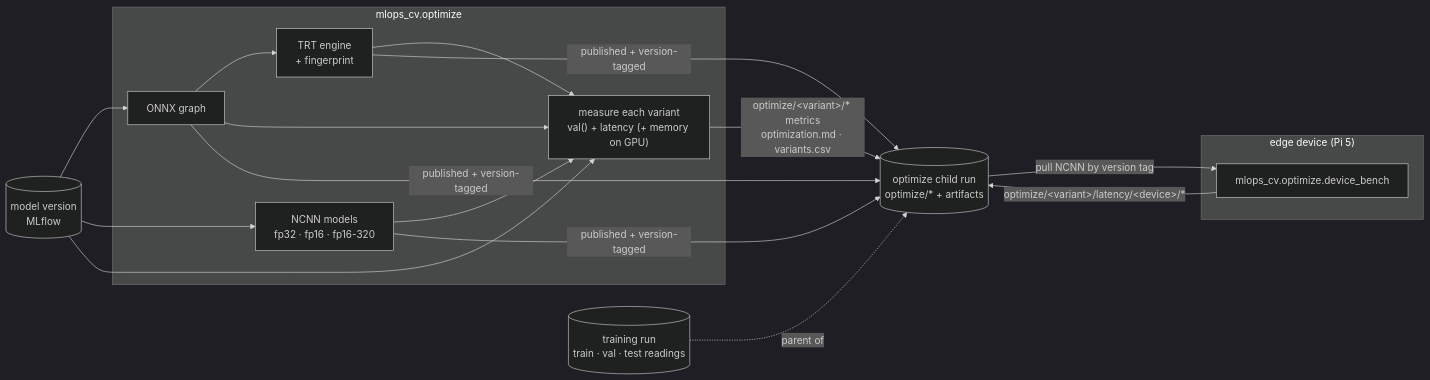
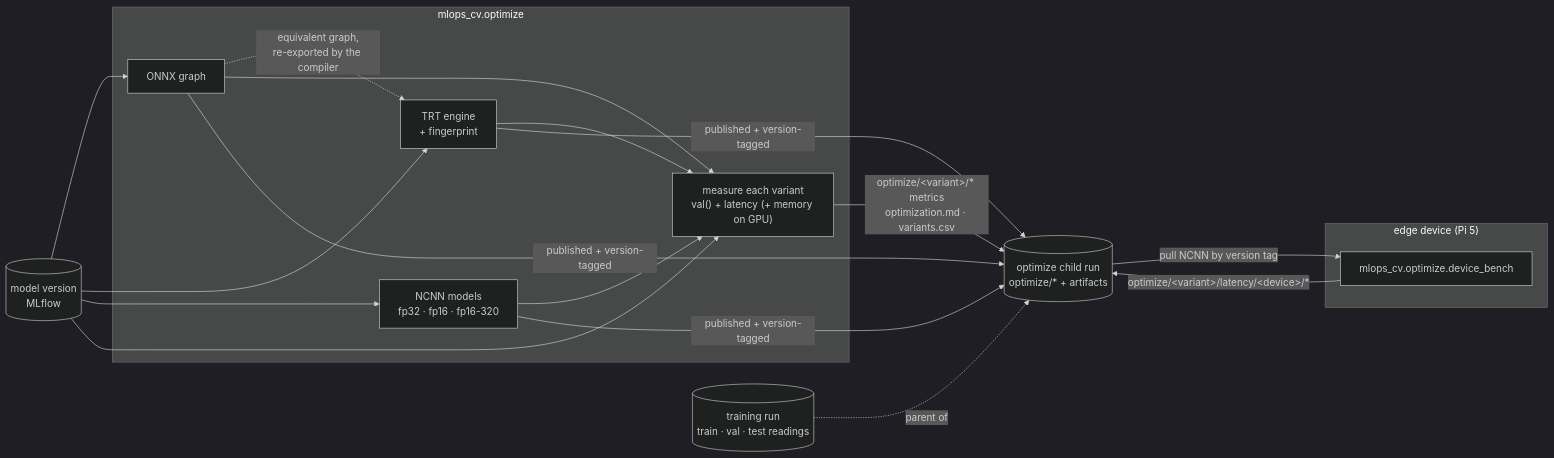
Before and after one commit to vtarasv/mlops-cv: the diagram in docs/optimization.md, drawn with Mermaid (dark theme). The commit also changed 13 other files, not shown here.

````diff
--- a/docs/optimization.md
+++ b/docs/optimization.md
@@ -19,33 +19,34 @@
 ```mermaid
 flowchart LR
   model[("model version<br/>MLflow")]
 
   subgraph harness["mlops_cv.optimize"]
     portable["ONNX graph"]
     engines["TRT engine<br/>+ fingerprint"]
     ncnn["NCNN models<br/>fp32 · fp16 · fp16-320"]
     measure["measure each variant<br/>val() + latency (+ memory on GPU)"]
-    portable --> engines
+    portable -.->|"equivalent graph,<br/>re-exported by the compiler"| engines
     portable --> measure
     engines --> measure
     ncnn --> measure
   end
 
   subgraph device["edge device (Pi 5)"]
     bench["mlops_cv.optimize.device_bench"]
   end
 
   train[("training run<br/>train · val · test readings")]
   record[("optimize child run<br/>optimize/* + artifacts")]
 
   model --> portable
+  model --> engines
   model --> ncnn
   model --> measure
   train -.->|"parent of"| record
   measure -->|"optimize/&lt;variant&gt;/* metrics<br/>optimization.md · variants.csv"| record
   portable -->|"published + version-tagged"| record
   engines -->|"published + version-tagged"| record
   ncnn -->|"published + version-tagged"| record
   record -->|"pull NCNN by version tag"| bench
   bench -->|"optimize/&lt;variant&gt;/latency/&lt;device&gt;/*"| record
 ```
````
